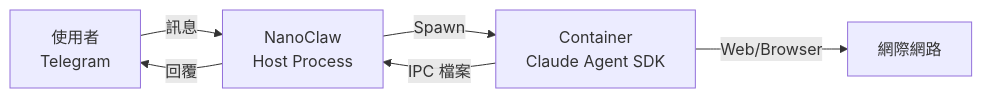
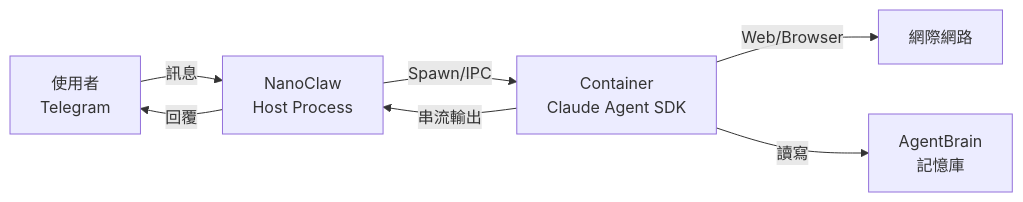
The first of 39 diagrams in tutorial/TUTORIAL.md (shunwork/nanoclaw), drawn with Mermaid before and after one commit. The commit also changed other lines of this file and 18 other files, not shown here.

````diff
--- a/tutorial/TUTORIAL.md
+++ b/tutorial/TUTORIAL.md
@@ -52,8 +56,9 @@
 ```mermaid
 graph LR
     A[使用者<br>Telegram] -->|訊息| B[NanoClaw<br>Host Process]
-    B -->|Spawn| C[Container<br>Claude Agent SDK]
-    C -->|IPC 檔案| B
+    B -->|Spawn/IPC| C[Container<br>Claude Agent SDK]
+    C -->|串流輸出| B
     B -->|回覆| A
     C -->|Web/Browser| D[網際網路]
+    C -->|讀寫| E[AgentBrain<br>記憶庫]
 ```
````
